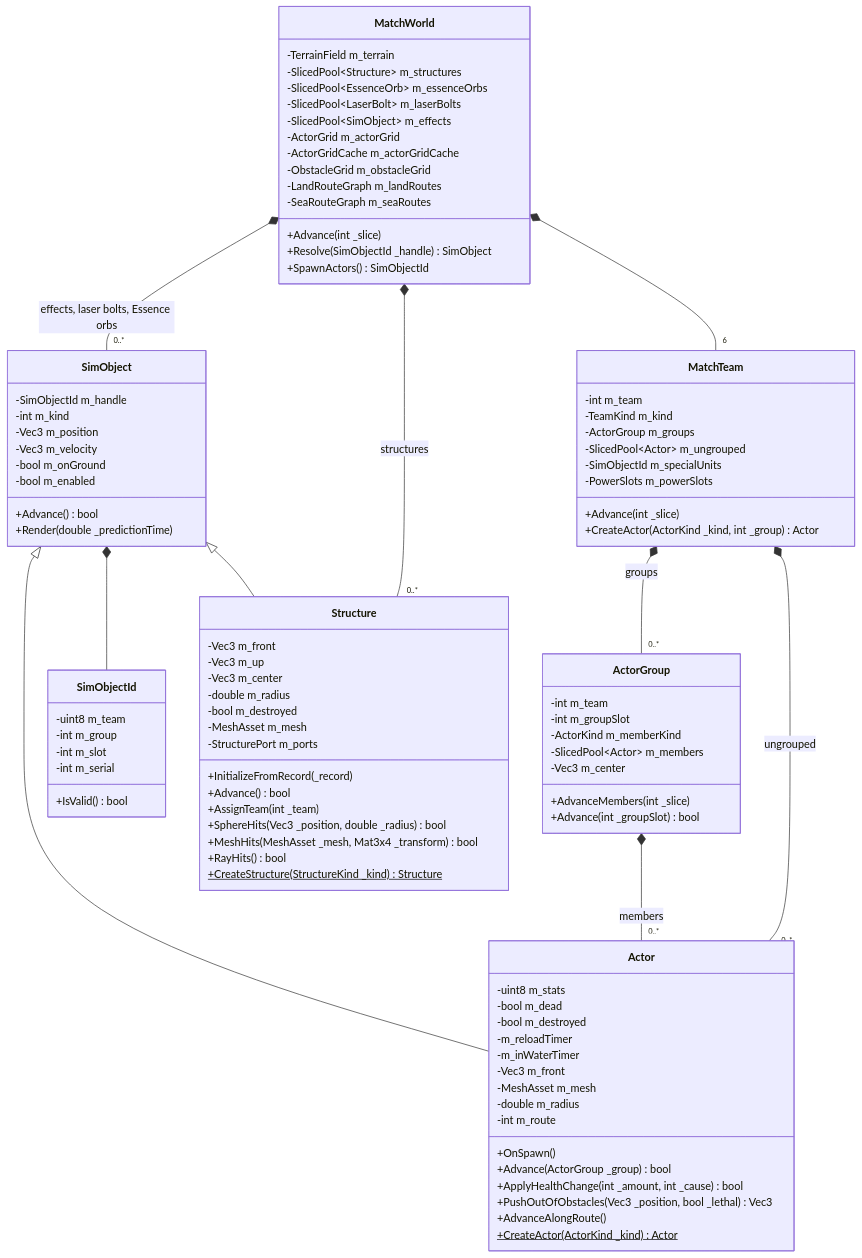
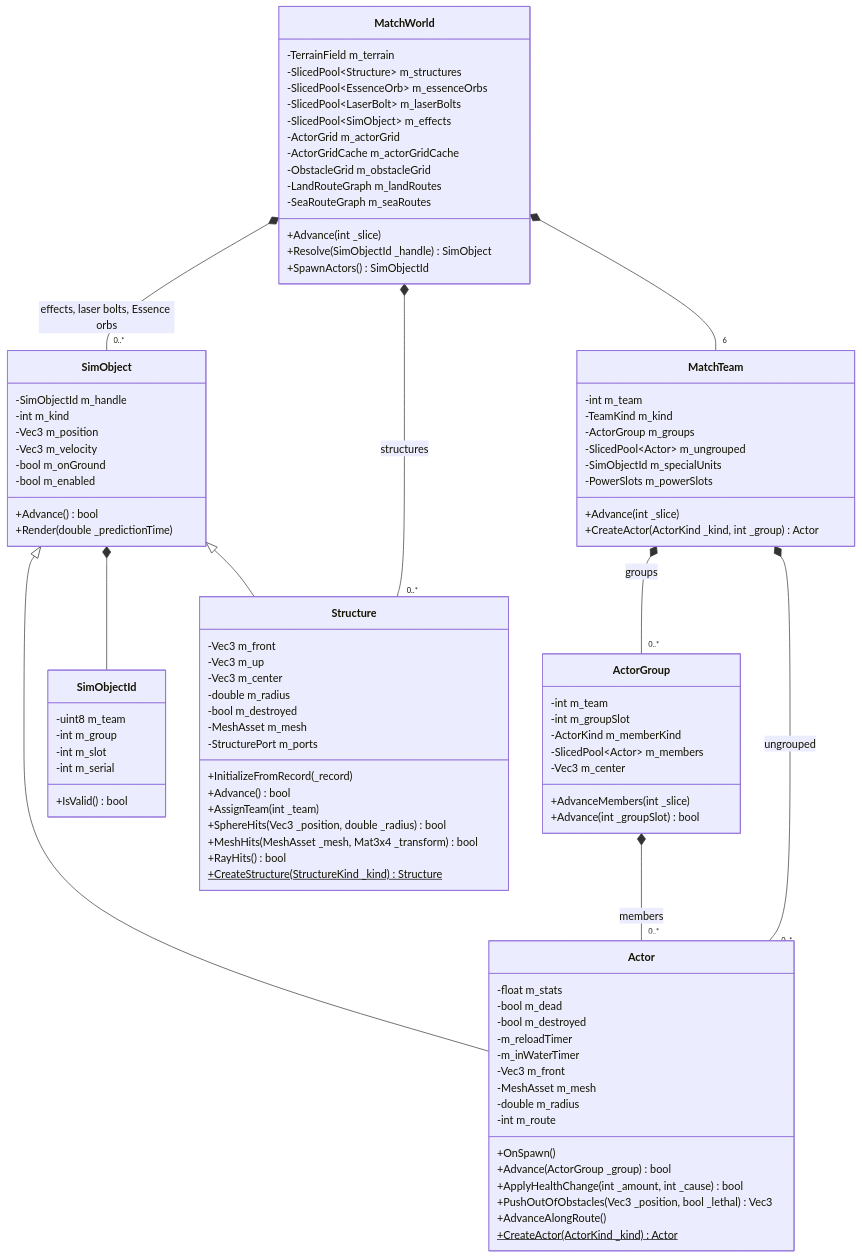
Before and after one commit to Zwaliebaba/Species.AI: the first of 9 diagrams in design_next/reference/12_simulation_model/03_entity_model_and_identity.md, drawn with Mermaid. The commit also changed other lines of this file and 28 other files, not shown here.

```diff
--- a/design_next/reference/12_simulation_model/03_entity_model_and_identity.md
+++ b/design_next/reference/12_simulation_model/03_entity_model_and_identity.md
@@ -90,7 +90,7 @@
       +Render(double _predictionTime)
     }
     class Actor {
-      -uint8 m_stats
+      -float m_stats
       -bool m_dead
       -bool m_destroyed
       -m_reloadTimer
```
